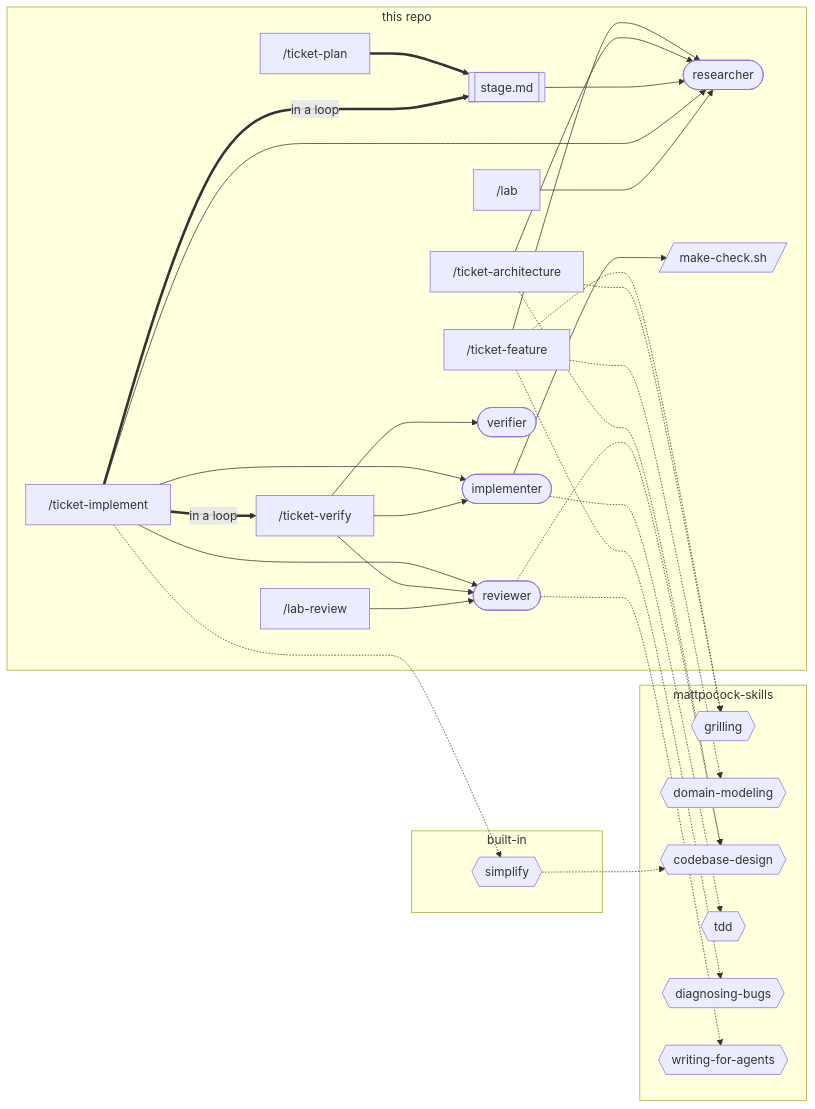
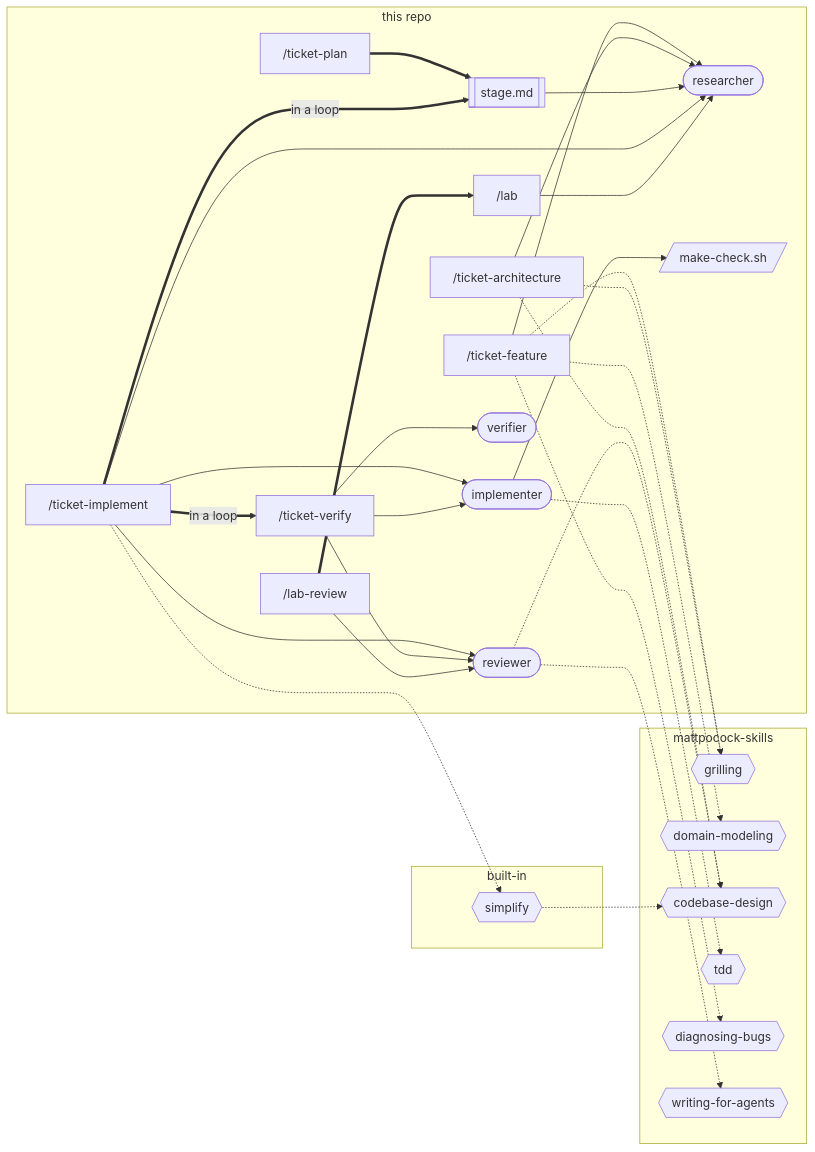
The second of 3 diagrams in docs/knowledge/sdd.md (khotei/app-template), drawn with Mermaid before and after one commit. The commit also changed other lines of this file and 3 other files, not shown here.

````diff
--- a/docs/knowledge/sdd.md
+++ b/docs/knowledge/sdd.md
@@ -146,46 +146,47 @@
 ```mermaid
 graph LR
   subgraph ours [this repo]
     feature["/ticket-feature"]
     arch["/ticket-architecture"]
     plan["/ticket-plan"]
     impl["/ticket-implement"]
     verify["/ticket-verify"]
     lab["/lab"]
     labreview["/lab-review"]
     researcher([researcher])
     implementer([implementer])
     reviewer([reviewer])
     verifier([verifier])
     hook[/make-check.sh/]
     stagemd[[stage.md]]
   end
   subgraph plugin [mattpocock-skills]
     grilling{{grilling}}
     modeling{{domain-modeling}}
     design{{codebase-design}}
     tdd{{tdd}}
     diagnosing{{diagnosing-bugs}}
     writing{{writing-for-agents}}
   end
   subgraph builtin [built-in]
     simplify{{simplify}}
   end
   feature -.-> grilling & modeling & diagnosing
   feature --> researcher
   arch -.-> design & grilling
   arch --> researcher
   plan ==> stagemd
   stagemd --> researcher
   impl --> implementer & reviewer & researcher
   impl ==>|in a loop| stagemd
   impl ==>|in a loop| verify
   impl -.-> simplify
   simplify -.-> design
   implementer -.-> tdd
   implementer --> hook
   verify --> verifier & reviewer & implementer
   reviewer -.-> design & writing
   lab --> researcher
   labreview --> reviewer
+  labreview ==> lab
 ```
````
